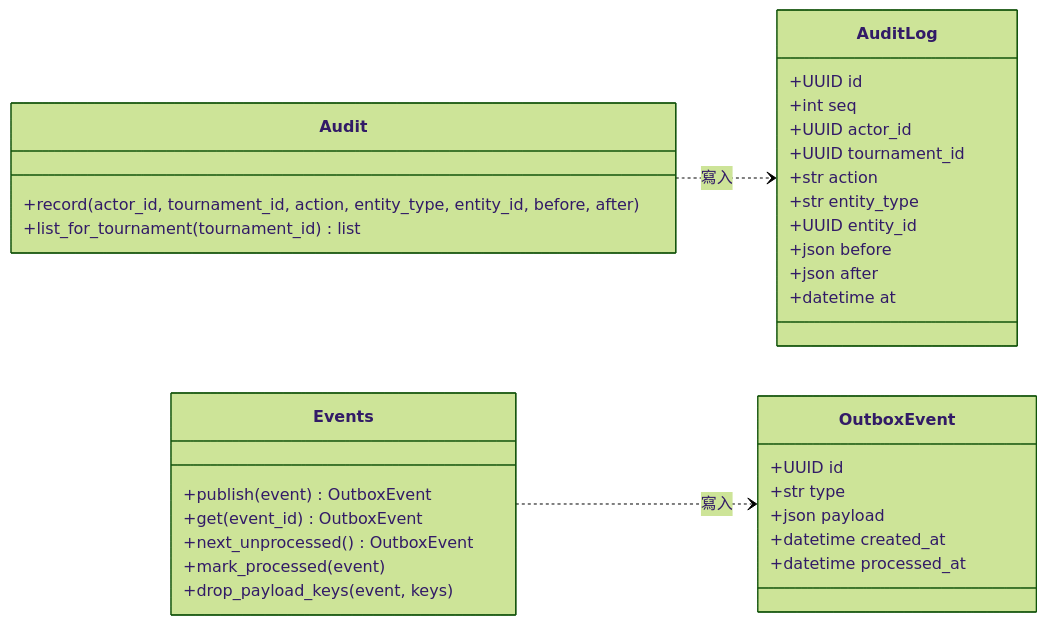
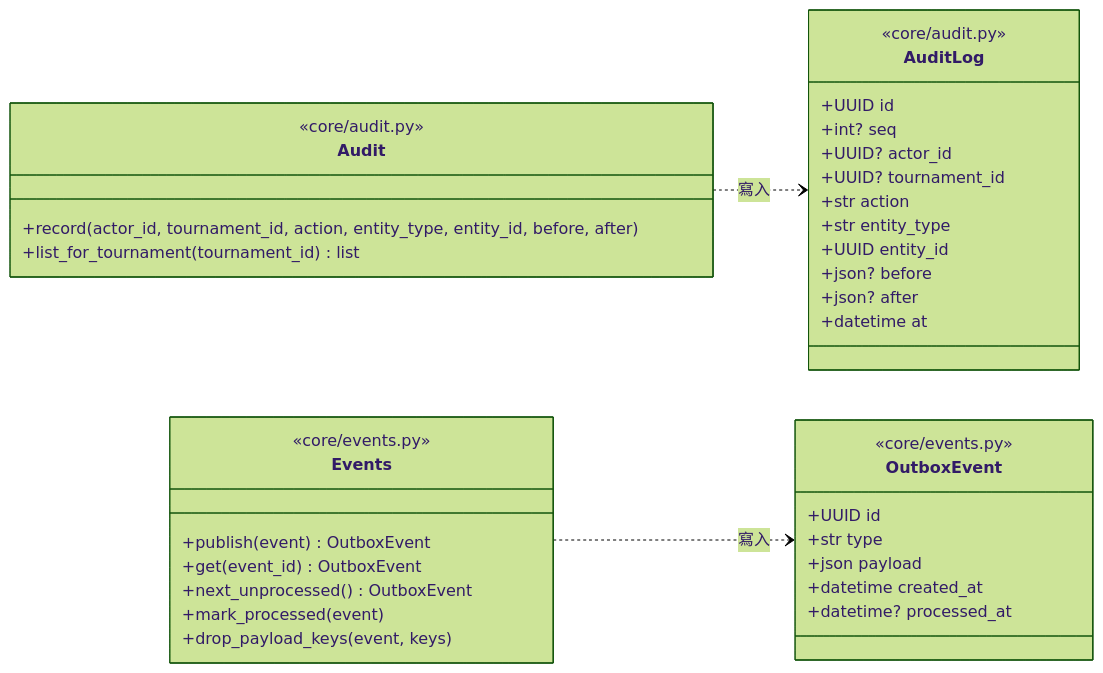
One commit to Team14good/esport-platform changed the second of 15 diagrams in docs/midterm/D-物件設計文件.md. Above: the diagram before and after it, drawn with Mermaid (forest theme). The commit also changed other lines of this file and 27 other files, not shown here.

First line of the commit message:
docs: B、C、D 其餘的圖全部對照程式標註 (#92)

````diff
--- a/docs/midterm/D-物件設計文件.md
+++ b/docs/midterm/D-物件設計文件.md
@@ -78,36 +81,40 @@
 ```mermaid
 classDiagram
   direction LR
   class AuditLog {
+    <<core/audit.py>>
     +UUID id
-    +int seq
-    +UUID actor_id
-    +UUID tournament_id
+    +int? seq
+    +UUID? actor_id
+    +UUID? tournament_id
     +str action
     +str entity_type
     +UUID entity_id
-    +json before
-    +json after
+    +json? before
+    +json? after
     +datetime at
   }
   class OutboxEvent {
+    <<core/events.py>>
     +UUID id
     +str type
     +json payload
     +datetime created_at
-    +datetime processed_at
+    +datetime? processed_at
   }
   class Audit {
+    <<core/audit.py>>
     +record(actor_id, tournament_id, action, entity_type, entity_id, before, after)
     +list_for_tournament(tournament_id) list
   }
   class Events {
+    <<core/events.py>>
     +publish(event) OutboxEvent
     +get(event_id) OutboxEvent
     +next_unprocessed() OutboxEvent
     +mark_processed(event)
     +drop_payload_keys(event, keys)
   }
   Audit ..> AuditLog : 寫入
   Events ..> OutboxEvent : 寫入
 ```
````
